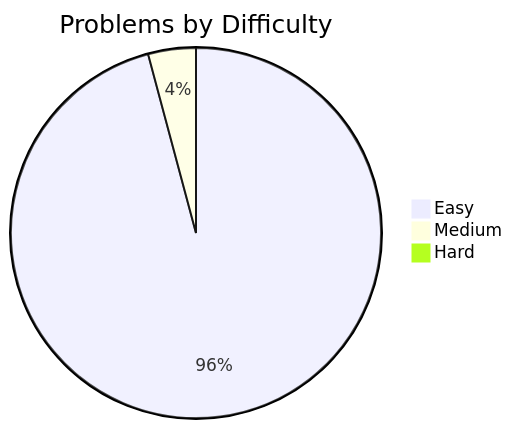
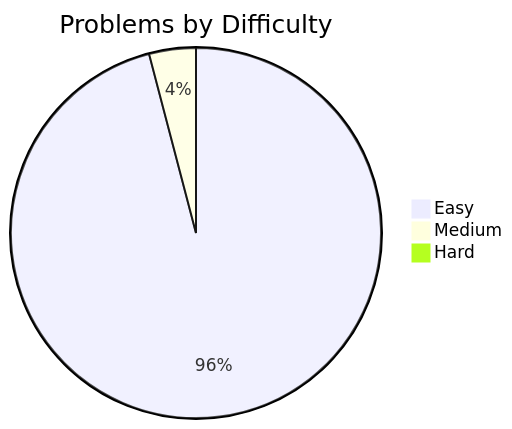
One commit to davelin18yufan/leetcode-journal changed the diagram in README.md. Above: the diagram before and after it, drawn with Mermaid. The commit also changed other lines of this file and 4 other files, not shown here.

````diff
--- a/README.md
+++ b/README.md
@@ -7,7 +7,7 @@
 ```mermaid
 pie
     title Problems by Difficulty
-    "Easy" : 46
+    "Easy" : 47
     "Medium" : 2
     "Hard" : 0
 ```
````
